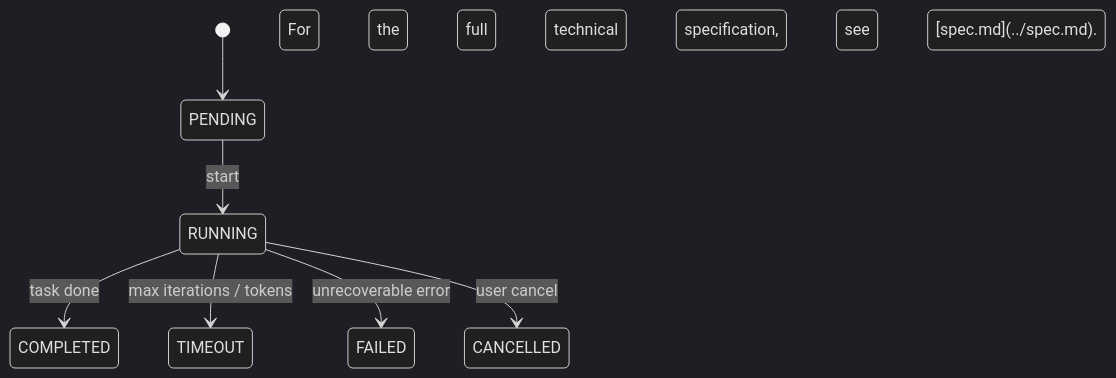
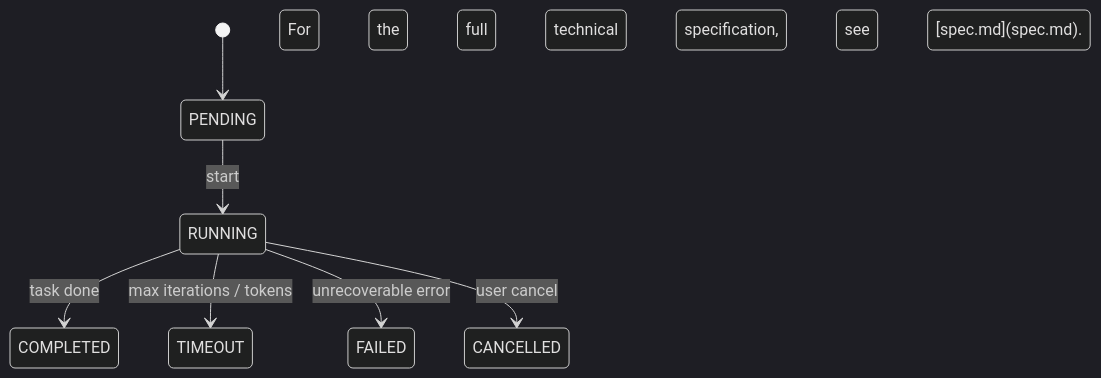
The fourth of 4 diagrams in docs/architecture.md (akoita/agent-forge), drawn with Mermaid (dark theme) before and after one commit. The commit also changed 9 other files, not shown here.

````diff
--- a/docs/architecture.md
+++ b/docs/architecture.md
@@ -149,11 +149,11 @@
 ```mermaid
 stateDiagram-v2
     [*] --> PENDING
     PENDING --> RUNNING : start
     RUNNING --> COMPLETED : task done
     RUNNING --> TIMEOUT : max iterations / tokens
     RUNNING --> FAILED : unrecoverable error
     RUNNING --> CANCELLED : user cancel
 
-For the full technical specification, see [spec.md](../spec.md).
+For the full technical specification, see [spec.md](spec.md).
 ```
````
